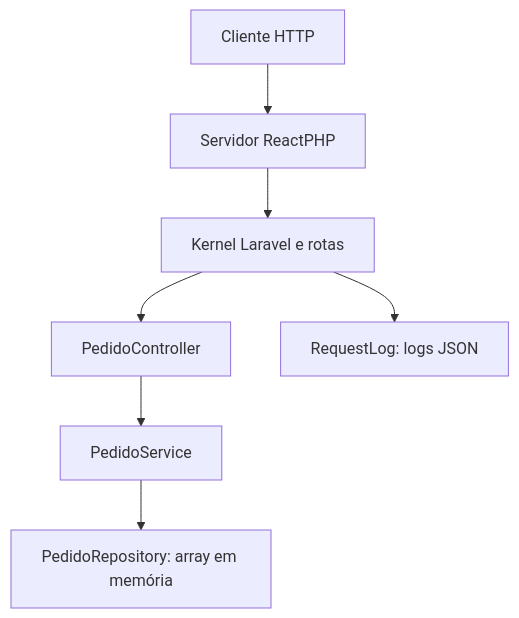
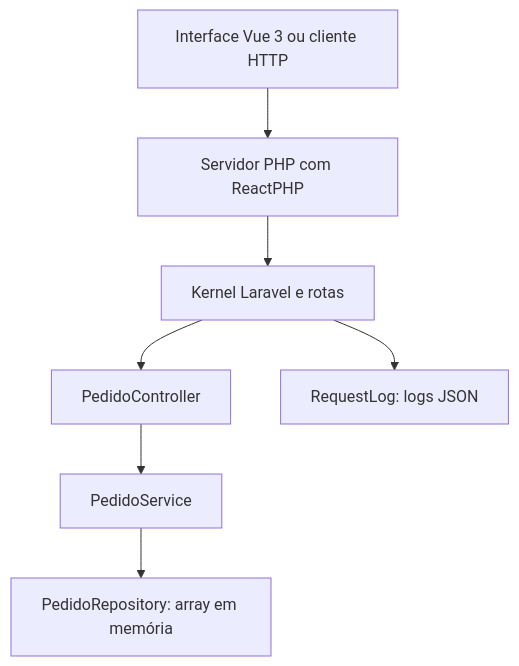
The diagram in README.md (doug-melo/CP5-SOA), drawn with Mermaid before and after one commit. The commit also changed other lines of this file and 11 other files, not shown here.

````diff
--- a/README.md
+++ b/README.md
@@ -40,9 +48,9 @@
 ```mermaid
 flowchart TD
-    A[Cliente HTTP] --> B[Servidor ReactPHP]
+    A[Interface Vue 3 ou cliente HTTP] --> B[Servidor PHP com ReactPHP]
     B --> C[Kernel Laravel e rotas]
     C --> D[PedidoController]
     D --> E[PedidoService]
     E --> F[PedidoRepository: array em memória]
     C --> G[RequestLog: logs JSON]
 ```
````
